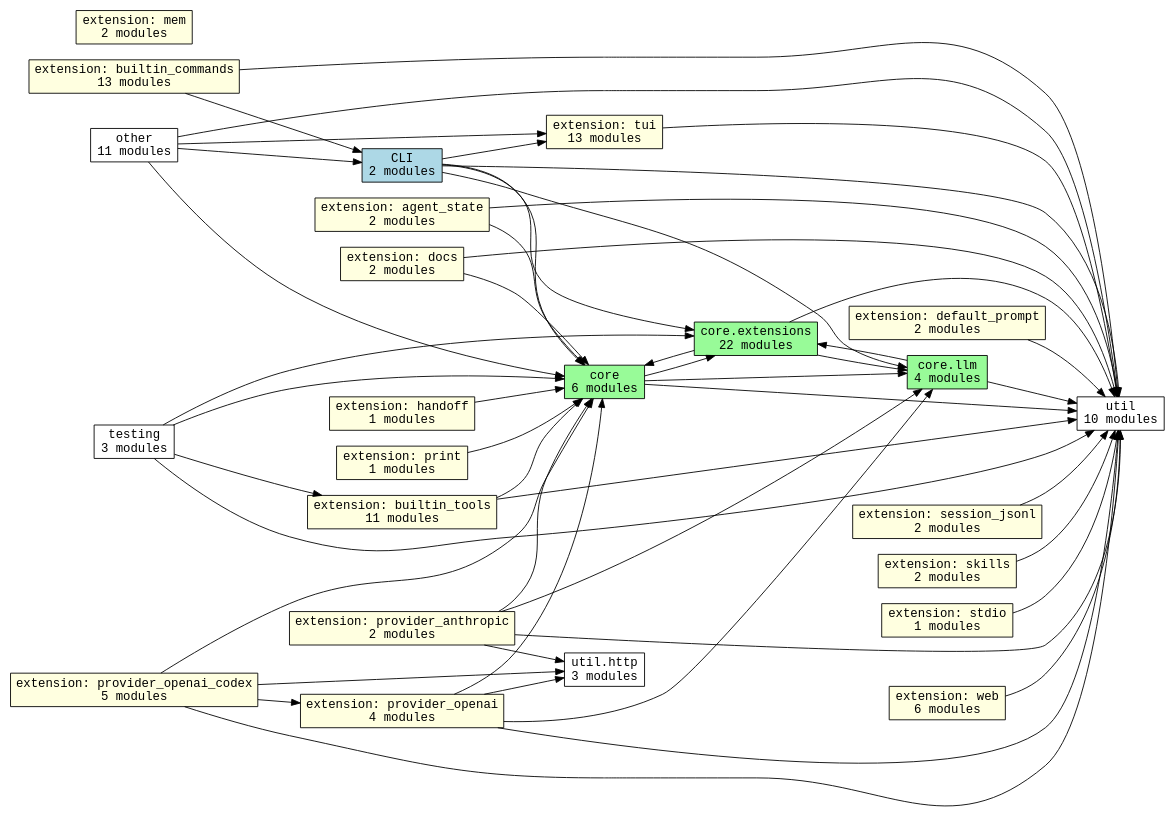
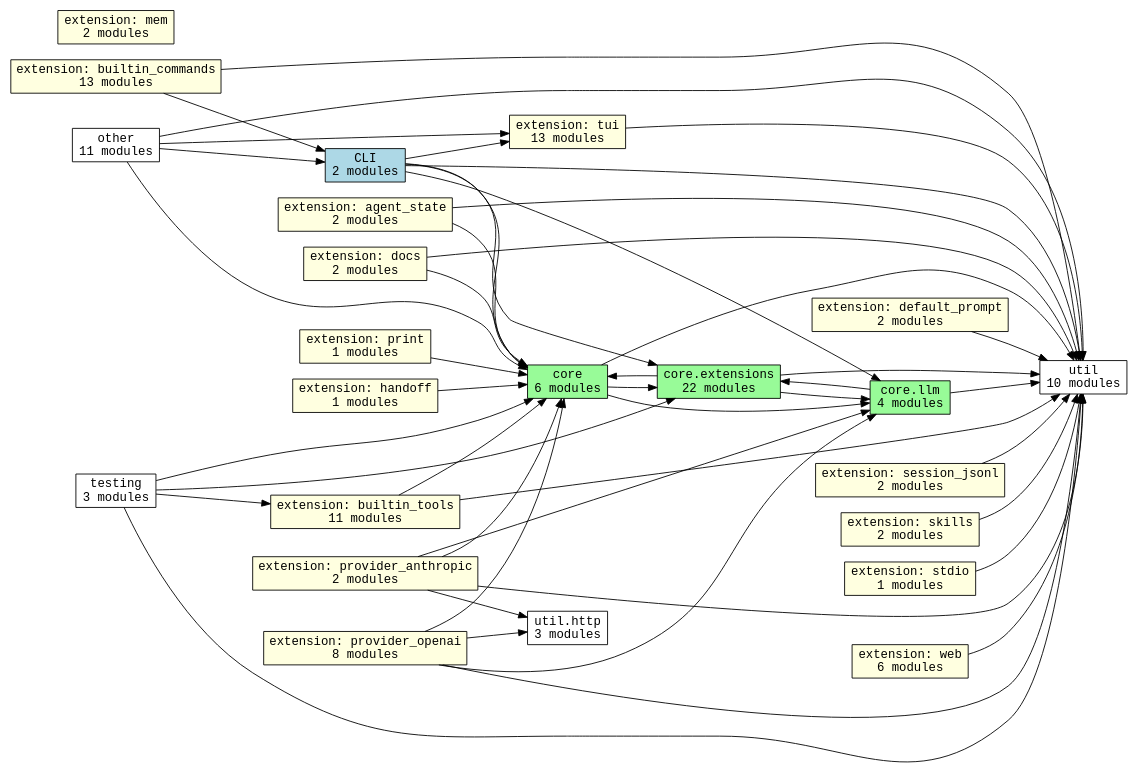
One commit to acmiyaguchi/fen changed the diagram in docs/generated/graphs/subsystems.dot. Above: the diagram before and after it, drawn with Graphviz. The commit also changed 37 other files, not shown here.

Commit message:
Merge Codex into OpenAI provider extension

```diff
--- a/docs/generated/graphs/subsystems.dot
+++ b/docs/generated/graphs/subsystems.dot
@@ -1,78 +1,73 @@
 digraph fen_subsystems {
   graph [rankdir=LR];
   node [shape=box, fontname="monospace"];
   edge [fontname="monospace"];
   "cli" [fillcolor="lightblue", label="CLI\n2 modules", style="filled"];
   "core" [fillcolor="palegreen", label="core\n6 modules", style="filled"];
   "core.extensions" [fillcolor="palegreen", label="core.extensions\n22 modules", style="filled"];
   "core.llm" [fillcolor="palegreen", label="core.llm\n4 modules", style="filled"];
   "extension.agent_state" [fillcolor="lightyellow", label="extension: agent_state\n2 modules", style="filled"];
   "extension.builtin_commands" [fillcolor="lightyellow", label="extension: builtin_commands\n13 modules", style="filled"];
   "extension.builtin_tools" [fillcolor="lightyellow", label="extension: builtin_tools\n11 modules", style="filled"];
   "extension.default_prompt" [fillcolor="lightyellow", label="extension: default_prompt\n2 modules", style="filled"];
   "extension.docs" [fillcolor="lightyellow", label="extension: docs\n2 modules", style="filled"];
   "extension.handoff" [fillcolor="lightyellow", label="extension: handoff\n1 modules", style="filled"];
   "extension.mem" [fillcolor="lightyellow", label="extension: mem\n2 modules", style="filled"];
   "extension.print" [fillcolor="lightyellow", label="extension: print\n1 modules", style="filled"];
   "extension.provider_anthropic" [fillcolor="lightyellow", label="extension: provider_anthropic\n2 modules", style="filled"];
-  "extension.provider_openai" [fillcolor="lightyellow", label="extension: provider_openai\n4 modules", style="filled"];
-  "extension.provider_openai_codex" [fillcolor="lightyellow", label="extension: provider_openai_codex\n5 modules", style="filled"];
+  "extension.provider_openai" [fillcolor="lightyellow", label="extension: provider_openai\n8 modules", style="filled"];
   "extension.session_jsonl" [fillcolor="lightyellow", label="extension: session_jsonl\n2 modules", style="filled"];
   "extension.skills" [fillcolor="lightyellow", label="extension: skills\n2 modules", style="filled"];
   "extension.stdio" [fillcolor="lightyellow", label="extension: stdio\n1 modules", style="filled"];
   "extension.tui" [fillcolor="lightyellow", label="extension: tui\n13 modules", style="filled"];
   "extension.web" [fillcolor="lightyellow", label="extension: web\n6 modules", style="filled"];
   "other" [fillcolor="white", label="other\n11 modules", style="filled"];
   "testing" [fillcolor="white", label="testing\n3 modules", style="filled"];
   "util" [fillcolor="white", label="util\n10 modules", style="filled"];
   "util.http" [fillcolor="white", label="util.http\n3 modules", style="filled"];
   "cli" -> "core";
   "cli" -> "core.extensions";
   "cli" -> "core.llm";
   "cli" -> "extension.tui";
   "cli" -> "util";
   "core" -> "core.extensions";
   "core" -> "core.llm";
   "core" -> "util";
   "core.extensions" -> "core";
   "core.extensions" -> "core.llm";
   "core.extensions" -> "util";
   "core.llm" -> "core.extensions";
   "core.llm" -> "util";
   "extension.agent_state" -> "core";
   "extension.agent_state" -> "util";
   "extension.builtin_commands" -> "cli";
   "extension.builtin_commands" -> "util";
   "extension.builtin_tools" -> "core";
   "extension.builtin_tools" -> "util";
   "extension.default_prompt" -> "util";
   "extension.docs" -> "core";
   "extension.docs" -> "util";
   "extension.handoff" -> "core";
   "extension.print" -> "core";
   "extension.provider_anthropic" -> "core";
   "extension.provider_anthropic" -> "core.llm";
   "extension.provider_anthropic" -> "util";
   "extension.provider_anthropic" -> "util.http";
   "extension.provider_openai" -> "core";
   "extension.provider_openai" -> "core.llm";
   "extension.provider_openai" -> "util";
   "extension.provider_openai" -> "util.http";
-  "extension.provider_openai_codex" -> "core";
-  "extension.provider_openai_codex" -> "extension.provider_openai";
-  "extension.provider_openai_codex" -> "util";
-  "extension.provider_openai_codex" -> "util.http";
   "extension.session_jsonl" -> "util";
   "extension.skills" -> "util";
   "extension.stdio" -> "util";
   "extension.tui" -> "util";
   "extension.web" -> "util";
   "other" -> "cli";
   "other" -> "core";
   "other" -> "extension.tui";
   "other" -> "util";
   "testing" -> "core";
   "testing" -> "core.extensions";
   "testing" -> "extension.builtin_tools";
   "testing" -> "util";
 }
```
